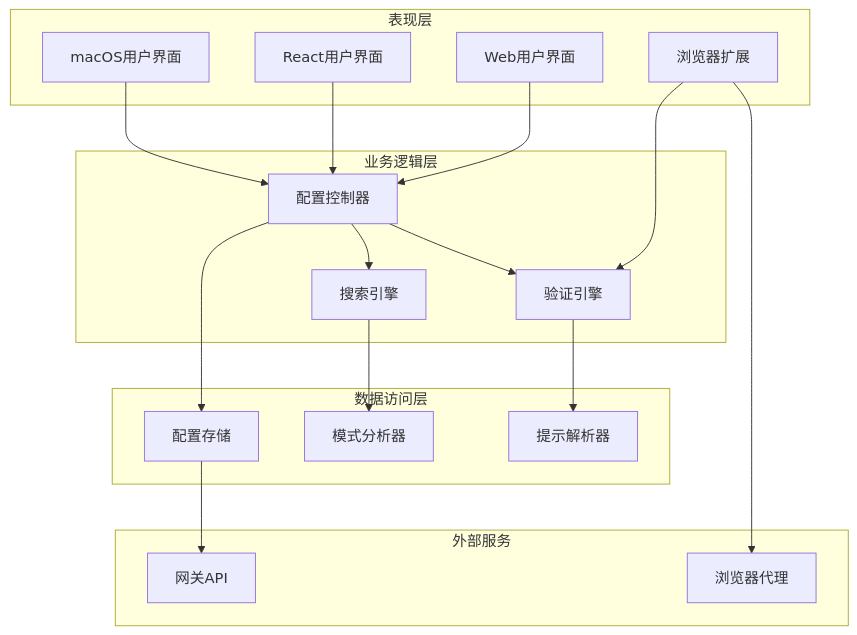
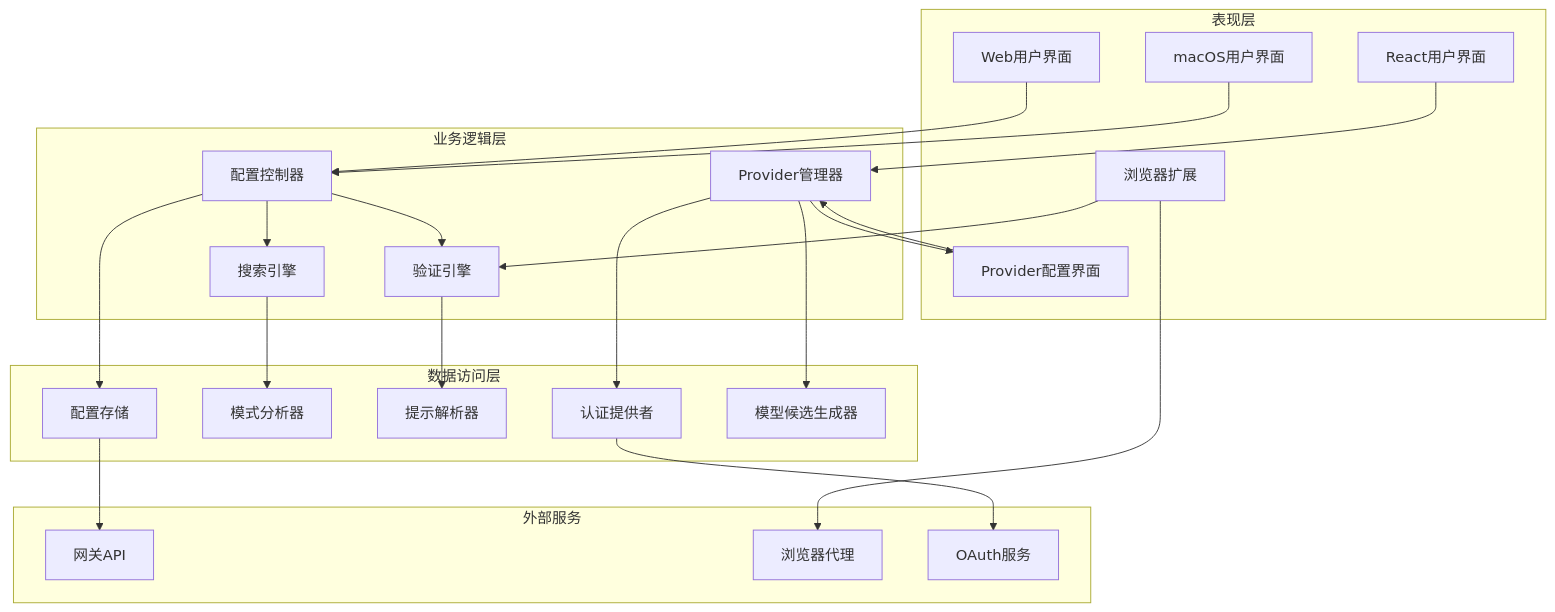
The third of 8 diagrams in .qoder/repowiki/zh/content/Web界面/配置页面增强.md (verse-ai-org/openclaw), drawn with Mermaid before and after one commit. The commit also changed other lines of this file and 11 other files, not shown here.

````diff
--- a/.qoder/repowiki/zh/content/Web界面/配置页面增强.md
+++ b/.qoder/repowiki/zh/content/Web界面/配置页面增强.md
@@ -150,34 +186,44 @@
 ```mermaid
 graph TB
 subgraph "表现层"
 WebUI[Web用户界面]
 ReactUI[React用户界面]
 MacUI[macOS用户界面]
 BrowserExt[浏览器扩展]
+ProviderUI[Provider配置界面]
 end
 subgraph "业务逻辑层"
 ConfigController[配置控制器]
 SearchEngine[搜索引擎]
 ValidationEngine[验证引擎]
+ProviderManager[Provider管理器]
 end
 subgraph "数据访问层"
 ConfigStore[配置存储]
 SchemaAnalyzer[模式分析器]
 HintResolver[提示解析器]
+AuthProvider[认证提供者]
+ModelCandidateGen[模型候选生成器]
 end
 subgraph "外部服务"
 GatewayAPI[网关API]
 BrowserRelay[浏览器代理]
+OAuthService[OAuth服务]
 end
 WebUI --> ConfigController
-ReactUI --> ConfigController
+ReactUI --> ProviderManager
 MacUI --> ConfigController
 BrowserExt --> ValidationEngine
+ProviderManager --> ProviderUI
+ProviderUI --> ProviderManager
 ConfigController --> SearchEngine
 ConfigController --> ValidationEngine
 ConfigController --> ConfigStore
+ProviderManager --> AuthProvider
+ProviderManager --> ModelCandidateGen
 SearchEngine --> SchemaAnalyzer
 ValidationEngine --> HintResolver
+AuthProvider --> OAuthService
 ConfigStore --> GatewayAPI
 BrowserExt --> BrowserRelay
 ```
````
